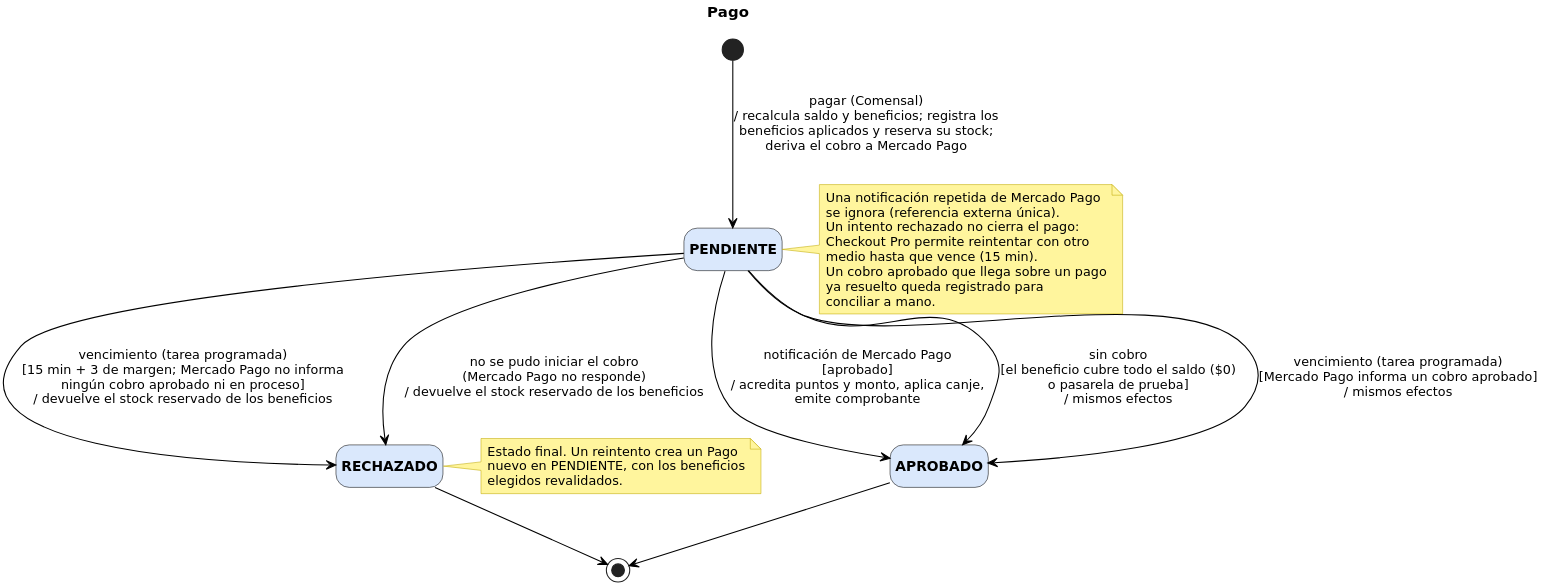
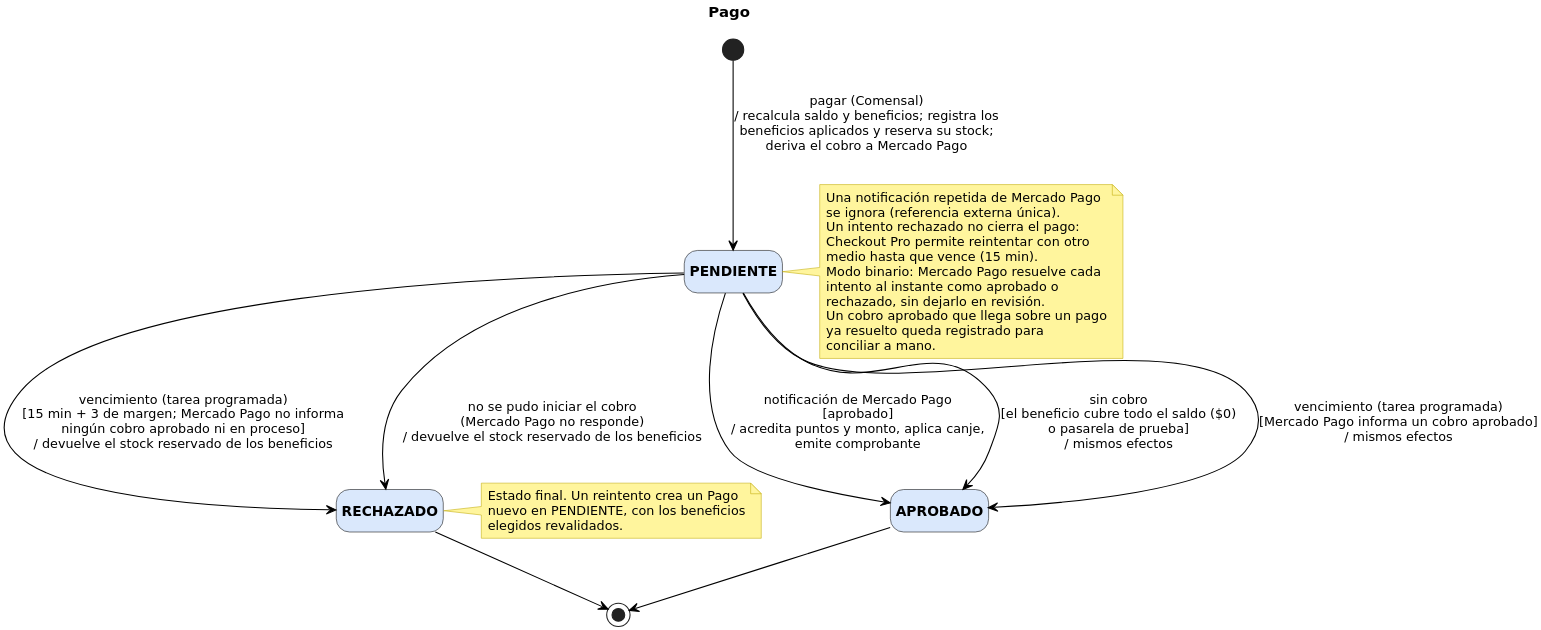
One commit to GabrielLigresti/TFG-PGIM changed the diagram in docs/modelos/estado/pago/v1/estado-pago-v1.puml. Above: the diagram before and after it, drawn with PlantUML. The commit also changed 4 other files, not shown here.

Commit message:
Registrar en los modelos el modo binario de Mercado Pago

```diff
--- a/docs/modelos/estado/pago/v1/estado-pago-v1.puml
+++ b/docs/modelos/estado/pago/v1/estado-pago-v1.puml
@@ -1,50 +1,53 @@
 @startuml estado-pago-v1
 ' Diagrama de estado (UML). Paleta alineada con CU y secuencias formato Vialia.
 ' Transiciones: evento (quién) [condición] / efecto
 skinparam dpi 300
 skinparam defaultFontName DejaVu Sans
 skinparam defaultFontSize 12
 skinparam shadowing false
 skinparam ArrowColor #000000
 skinparam state {
   BackgroundColor #DAE8FC
   BorderColor #000000
   FontSize 13
   FontStyle bold
   StartColor #000000
   EndColor #000000
 }
 skinparam note {
   BackgroundColor #FFF59D
   BorderColor #BFA800
 }
 hide empty description
 title Pago
 
 state PENDIENTE
 state APROBADO
 state RECHAZADO
 [*] --> PENDIENTE : pagar (Comensal)\n/ recalcula saldo y beneficios; registra los\nbeneficios aplicados y reserva su stock;\nderiva el cobro a Mercado Pago
 PENDIENTE --> APROBADO : notificación de Mercado Pago\n[aprobado]\n/ acredita puntos y monto, aplica canje,\nemite comprobante
 PENDIENTE --> APROBADO : sin cobro\n[el beneficio cubre todo el saldo ($0)\no pasarela de prueba]\n/ mismos efectos
 PENDIENTE --> APROBADO : vencimiento (tarea programada)\n[Mercado Pago informa un cobro aprobado]\n/ mismos efectos
 PENDIENTE --> RECHAZADO : vencimiento (tarea programada)\n[15 min + 3 de margen; Mercado Pago no informa\nningún cobro aprobado ni en proceso]\n/ devuelve el stock reservado de los beneficios
 PENDIENTE --> RECHAZADO : no se pudo iniciar el cobro\n(Mercado Pago no responde)\n/ devuelve el stock reservado de los beneficios
 APROBADO --> [*]
 RECHAZADO --> [*]
 note right of RECHAZADO
   Estado final. Un reintento crea un Pago
   nuevo en PENDIENTE, con los beneficios
   elegidos revalidados.
 end note
 note right of PENDIENTE
   Una notificación repetida de Mercado Pago
   se ignora (referencia externa única).
   Un intento rechazado no cierra el pago:
   Checkout Pro permite reintentar con otro
   medio hasta que vence (15 min).
+  Modo binario: Mercado Pago resuelve cada
+  intento al instante como aprobado o
+  rechazado, sin dejarlo en revisión.
   Un cobro aprobado que llega sobre un pago
   ya resuelto queda registrado para
   conciliar a mano.
 end note
 @enduml
```
